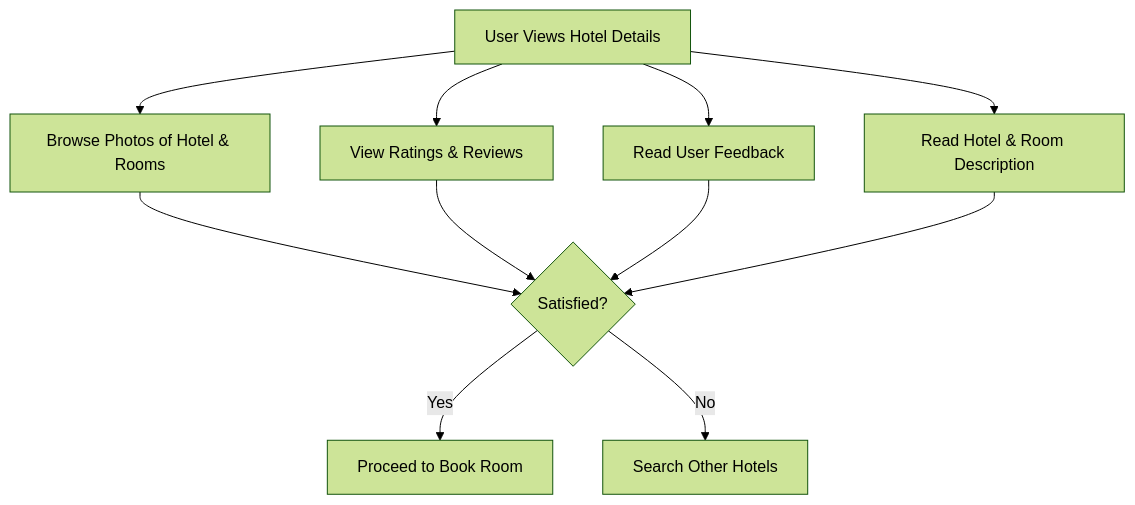
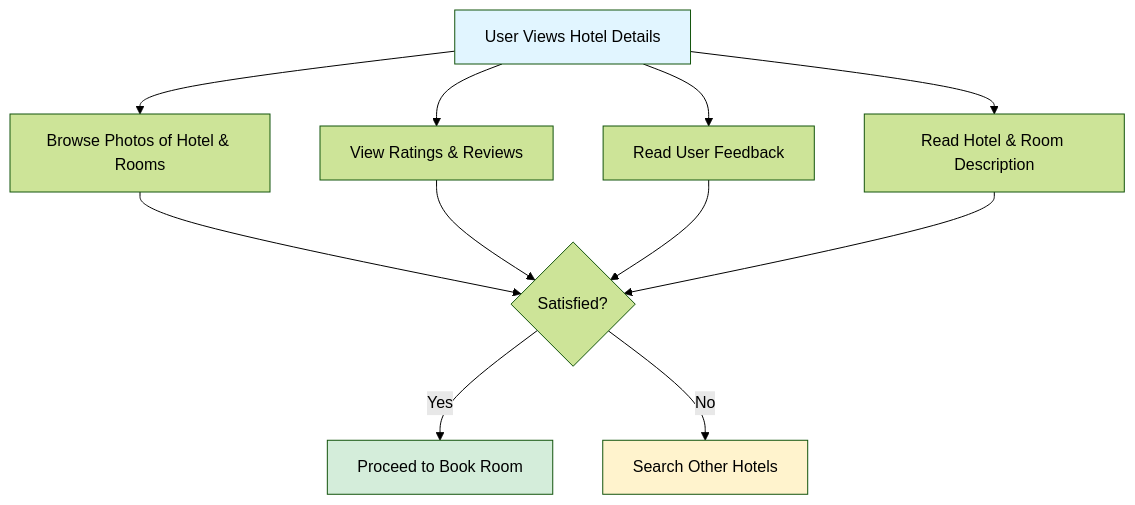
One commit to Khush-GKMIT/Hotel-Management-System-Docs changed the fourth of 5 diagrams in docs/business-cases.md. Above: the diagram before and after it, drawn with Mermaid (forest theme). The commit also changed other lines of this file and 16 other files, not shown here.

Commit message:
docs: added data modeling diagram

````diff
--- a/docs/business-cases.md
+++ b/docs/business-cases.md
@@ -69,13 +118,17 @@
 ```mermaid
 flowchart TD
     Start[User Views Hotel Details] --> Photos[Browse Photos of Hotel & Rooms]
     Start --> Ratings[View Ratings & Reviews]
     Start --> Feedback[Read User Feedback]
     Start --> Description[Read Hotel & Room Description]
     Photos --> Decision{Satisfied?}
     Ratings --> Decision
     Feedback --> Decision
     Description --> Decision
     Decision -->|Yes| Proceed[Proceed to Book Room]
     Decision -->|No| Search[Search Other Hotels]
+    
+    style Start fill:#e1f5ff
+    style Proceed fill:#d4edda
+    style Search fill:#fff3cd
 ```
````
